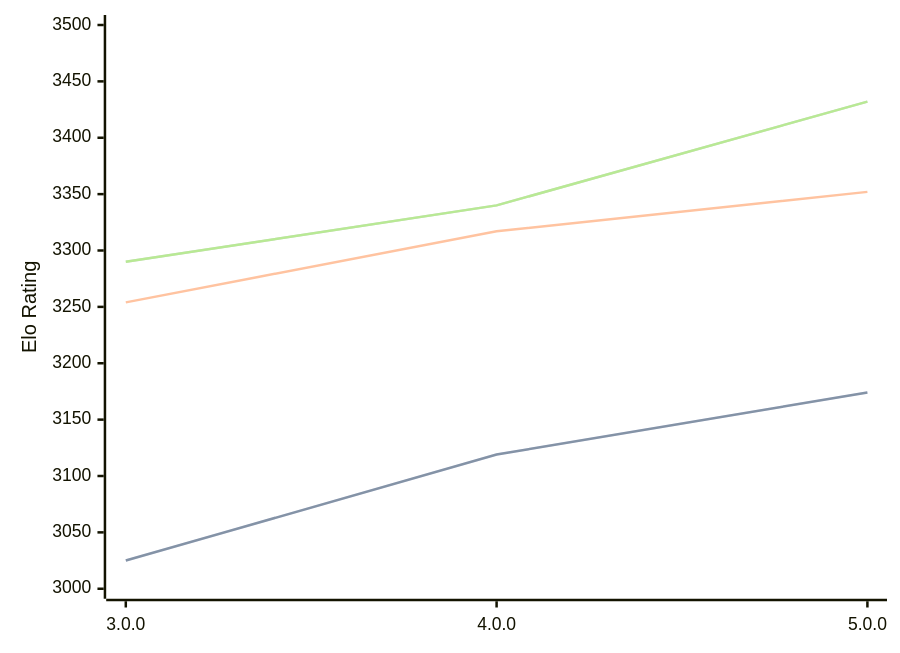
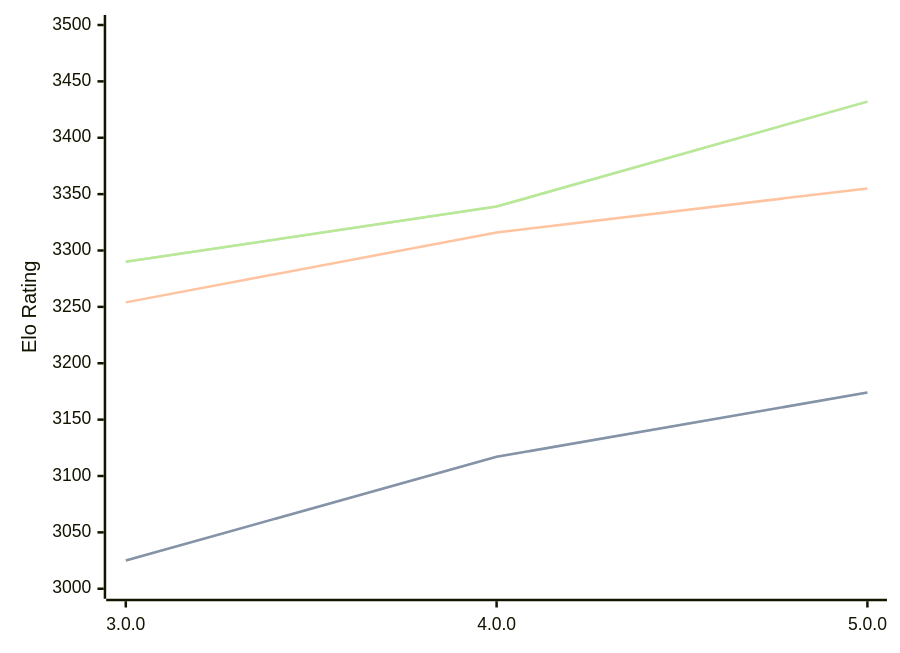
Before and after one commit to computer-chess-index/cci: the diagram in engines/Minke.md, drawn with Mermaid. The commit also changed other lines of this file, not shown here.

Commit message:
Update CCI Ratings (ELO VLTC) - 2026-03-03

````diff
--- a/engines/Minke.md
+++ b/engines/Minke.md
@@ -33,11 +33,11 @@
 ```mermaid
 %%{init: {"theme":"base","themeVariables":{"seriesColors:['#a3a3a3','#222221','#faa371']}}}%%
 xychart-beta
   x-axis ["3.0.0", "4.0.0", "5.0.0"]
   y-axis "Elo Rating" 3000 --> 3500
-  line "STC (8.0+0.08s)" [3025, 3119, 3174]
-  line "STC (8.0+0.08s)" [3025, 3119, 3174]
-  line "LTC (60.0+0.60s)" [3254, 3317, 3352]
-  line "VLTC (2m24s+1.12s)" [3290, 3340, 3432]
-  line "VLTC (2m24s+1.12s)" [3290, 3340, 3432]
+  line "STC (8.0+0.08s)" [3025, 3117, 3174]
+  line "STC (8.0+0.08s)" [3025, 3117, 3174]
+  line "LTC (60.0+0.60s)" [3254, 3316, 3355]
+  line "VLTC (2m24s+1.12s)" [3290, 3339, 3432]
+  line "VLTC (2m24s+1.12s)" [3290, 3339, 3432]
 ```
````
